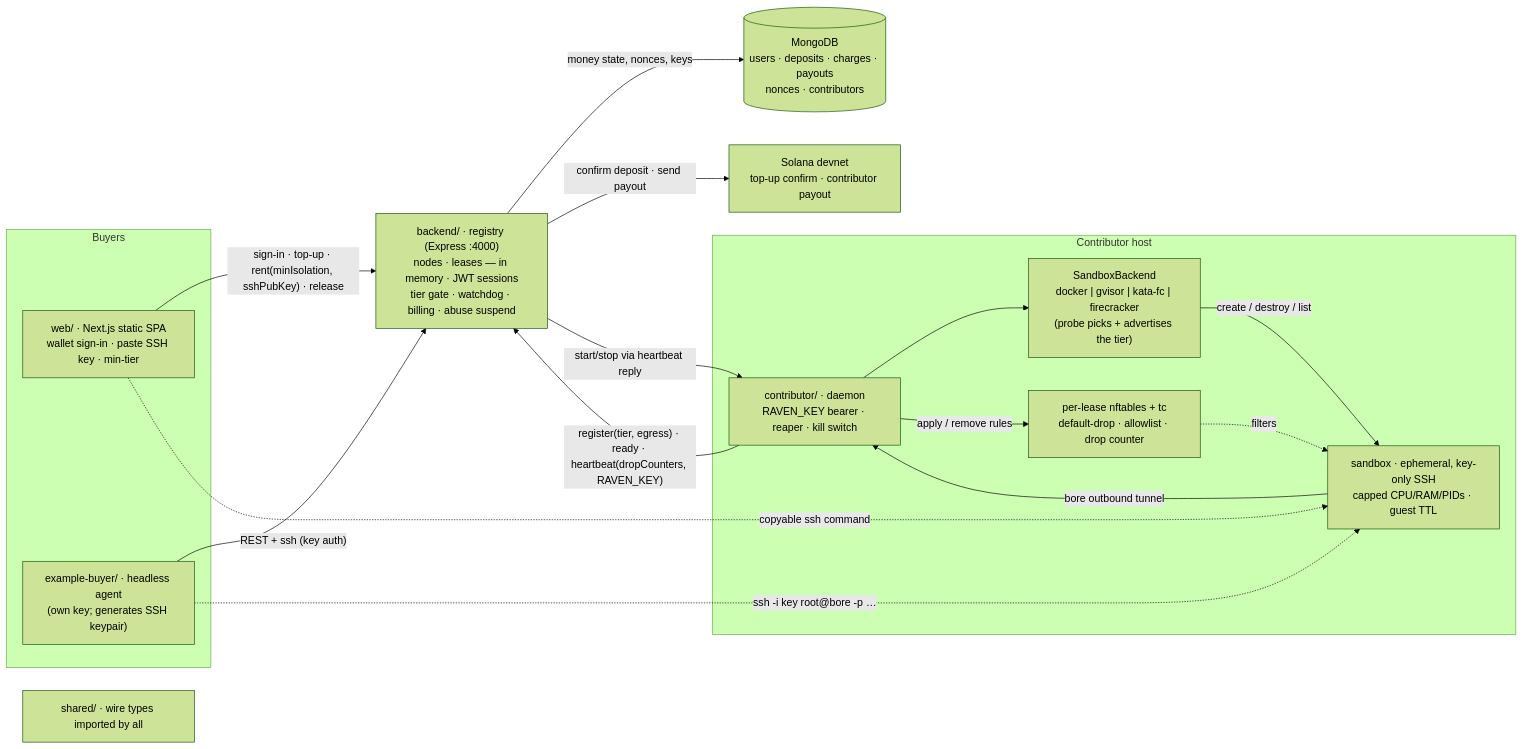
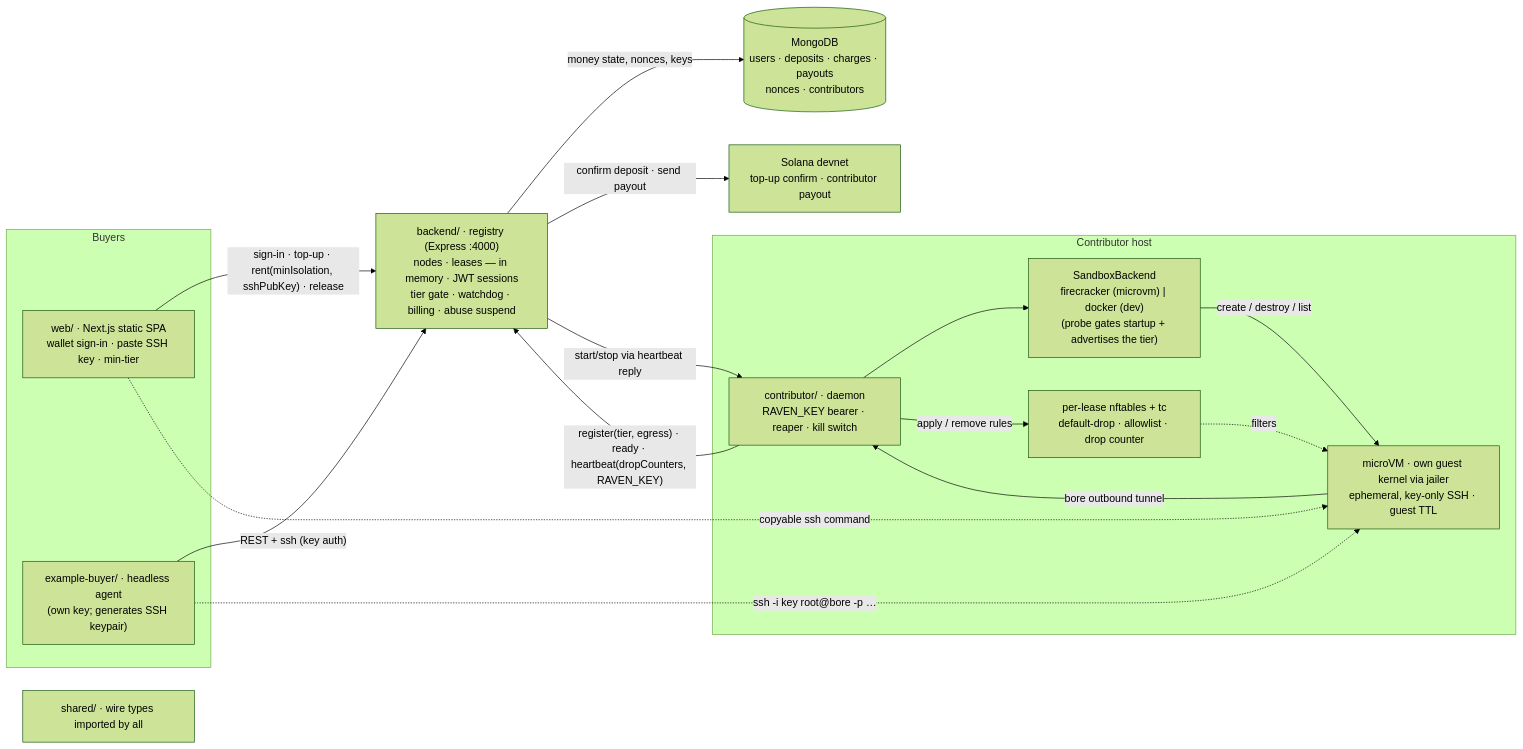
One commit to Koushikmondal06/RAVEN changed the diagram in README.md. Above: the diagram before and after it, drawn with Mermaid (forest theme). The commit also changed other lines of this file and 38 other files, not shown here.

````diff
--- a/README.md
+++ b/README.md
@@ -11,35 +11,35 @@
 ```mermaid
 flowchart LR
     subgraph buyers [Buyers]
         web["web/ · Next.js static SPA<br/>wallet sign-in · paste SSH key · min-tier"]
         agent["example-buyer/ · headless agent<br/>(own key; generates SSH keypair)"]
     end
 
     registry["backend/ · registry (Express :4000)<br/>nodes · leases — in memory · JWT sessions<br/>tier gate · watchdog · billing · abuse suspend"]
 
     subgraph contribs [Contributor host]
         contributor["contributor/ · daemon<br/>RAVEN_KEY bearer · reaper · kill switch"]
-        backendsel["SandboxBackend<br/>docker | gvisor | kata-fc | firecracker<br/>(probe picks + advertises the tier)"]
-        sandbox["sandbox · ephemeral, key-only SSH<br/>capped CPU/RAM/PIDs · guest TTL"]
+        backendsel["SandboxBackend<br/>firecracker (microvm) | docker (dev)<br/>(probe gates startup + advertises the tier)"]
+        sandbox["microVM · own guest kernel via jailer<br/>ephemeral, key-only SSH · guest TTL"]
         egress["per-lease nftables + tc<br/>default-drop · allowlist · drop counter"]
     end
 
     mongo[("MongoDB<br/>users · deposits · charges · payouts<br/>nonces · contributors")]
     solana["Solana devnet<br/>top-up confirm · contributor payout"]
 
     web -- "sign-in · top-up · rent(minIsolation, sshPubKey) · release" --> registry
     agent -- "REST + ssh (key auth)" --> registry
     registry -- "money state, nonces, keys" --> mongo
     registry -- "confirm deposit · send payout" --> solana
     registry -- "start/stop via heartbeat reply" --> contributor
     contributor -- "register(tier, egress) · ready · heartbeat(dropCounters, RAVEN_KEY)" --> registry
     contributor --> backendsel
     backendsel -- "create / destroy / list" --> sandbox
     contributor -- "apply / remove rules" --> egress
     egress -. "filters" .-> sandbox
     sandbox -- "bore outbound tunnel" --> contributor
     agent -. "ssh -i key root@bore -p …" .-> sandbox
     web -. "copyable ssh command" .-> sandbox
 
     shared["shared/ · wire types imported by all"]
 ```
````
